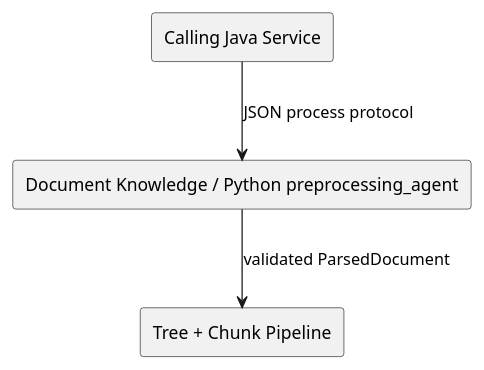
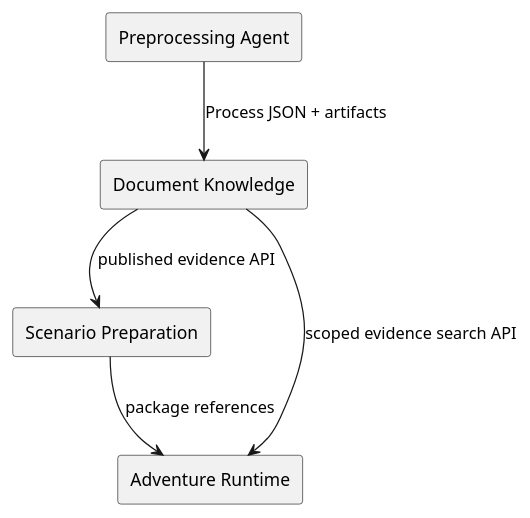
The second of 2 diagrams in docs/specs/architecture-spec.md (omegafrog/dnd-master), drawn with PlantUML before and after one commit. The commit also changed other lines of this file and 6 other files, not shown here.

Commit message:
docs: plan validated preprocessing RAG integration

````diff
--- a/docs/specs/architecture-spec.md
+++ b/docs/specs/architecture-spec.md
@@ -144,9 +69,12 @@
 ```plantuml
 @startuml
-rectangle "Calling Java Service" as java
-rectangle "Document Knowledge / Python preprocessing_agent" as py
-rectangle "Tree + Chunk Pipeline" as chunk
-java --> py : JSON process protocol
-py --> chunk : validated ParsedDocument
+rectangle "Preprocessing Agent" as python
+rectangle "Document Knowledge" as knowledge
+rectangle "Scenario Preparation" as scenario
+rectangle "Adventure Runtime" as runtime
+python --> knowledge : Process JSON + artifacts
+knowledge --> scenario : published evidence API
+knowledge --> runtime : scoped evidence search API
+scenario --> runtime : package references
 @enduml
 ```
````
